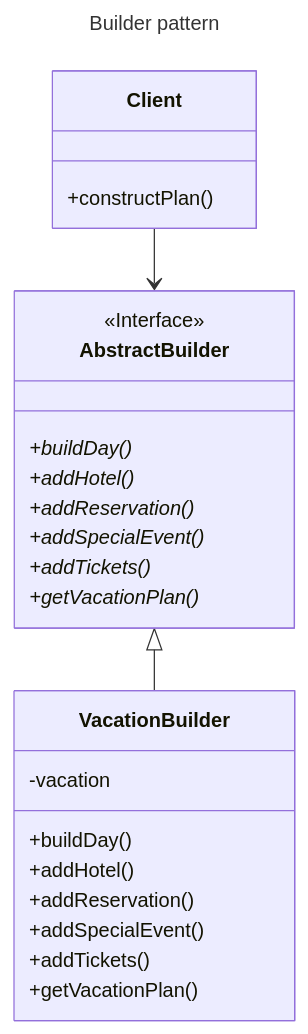
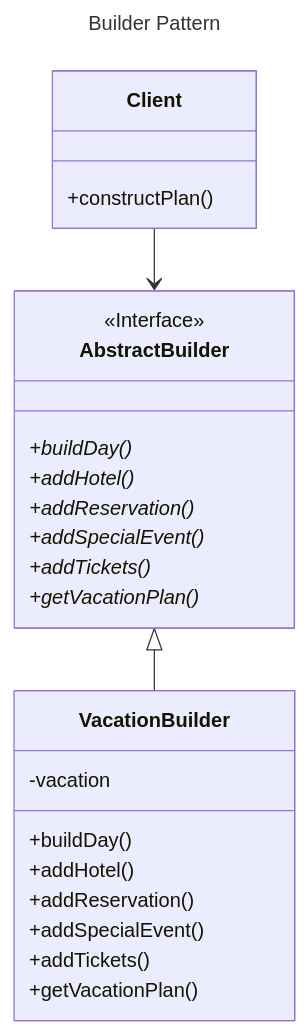
The diagram in pages/software-engineering/design/ood/design-patterns/builder.md (lamhq/tech-notes), drawn with Mermaid before and after one commit. The commit also changed other lines of this file and 9 other files, not shown here.

````diff
--- a/pages/software-engineering/design/ood/design-patterns/builder.md
+++ b/pages/software-engineering/design/ood/design-patterns/builder.md
@@ -71,29 +71,29 @@
 ```mermaid
 ---
-title: Builder pattern
+title: Builder Pattern
 ---
 classDiagram
   class Client{
     +constructPlan()
   }
   class AbstractBuilder{
     <<Interface>>
     +buildDay()*
     +addHotel()*
     +addReservation()*
     +addSpecialEvent()*
     +addTickets()*
     +getVacationPlan()*
   }
   class VacationBuilder{
     -vacation
     +buildDay()
     +addHotel()
     +addReservation()
     +addSpecialEvent()
     +addTickets()
     +getVacationPlan()
   }
   Client --> AbstractBuilder
   AbstractBuilder <|-- VacationBuilder
 ```
````
